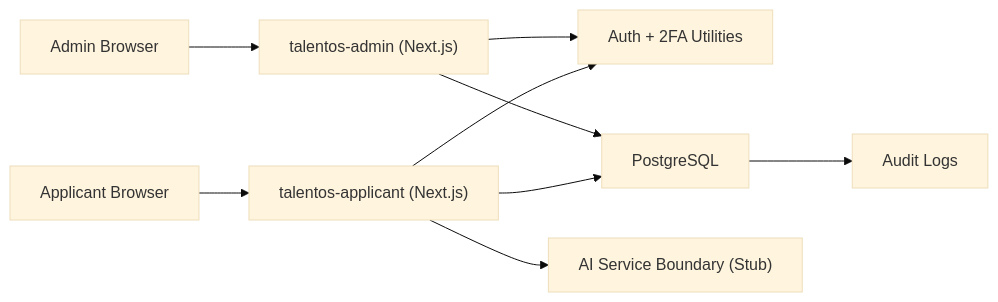
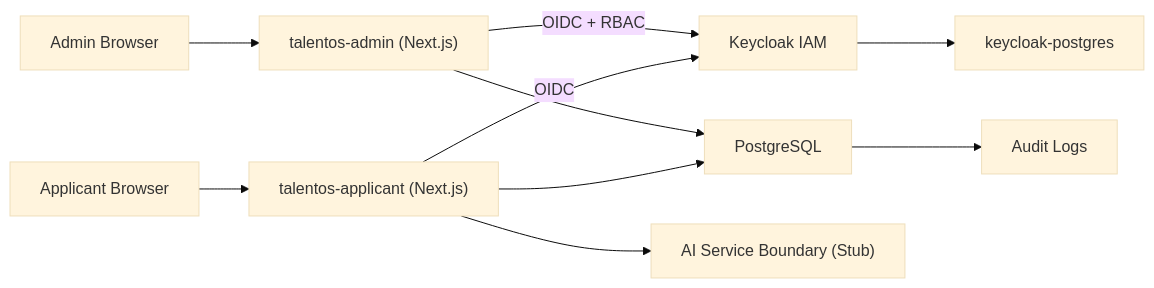
One commit to karimjindani/talentOS changed the first of 3 diagrams in docs/Architecture.md. Above: the diagram before and after it, drawn with Mermaid (base theme). The commit also changed other lines of this file and 47 other files, not shown here.

````diff
--- a/docs/Architecture.md
+++ b/docs/Architecture.md
@@ -43,11 +45,12 @@
 ```mermaid
 flowchart LR
     Applicant["Applicant Browser"] --> AppWeb["talentos-applicant (Next.js)"]
     Admin["Admin Browser"] --> AdminWeb["talentos-admin (Next.js)"]
-    AppWeb --> Auth["Auth + 2FA Utilities"]
-    AdminWeb --> Auth
+    AppWeb -->|OIDC| KC["Keycloak IAM"]
+    AdminWeb -->|OIDC + RBAC| KC
+    KC --> KCDB["keycloak-postgres"]
     AppWeb --> DB["PostgreSQL"]
     AdminWeb --> DB
     AppWeb --> AI["AI Service Boundary (Stub)"]
     DB --> Audit["Audit Logs"]
 ```
````
